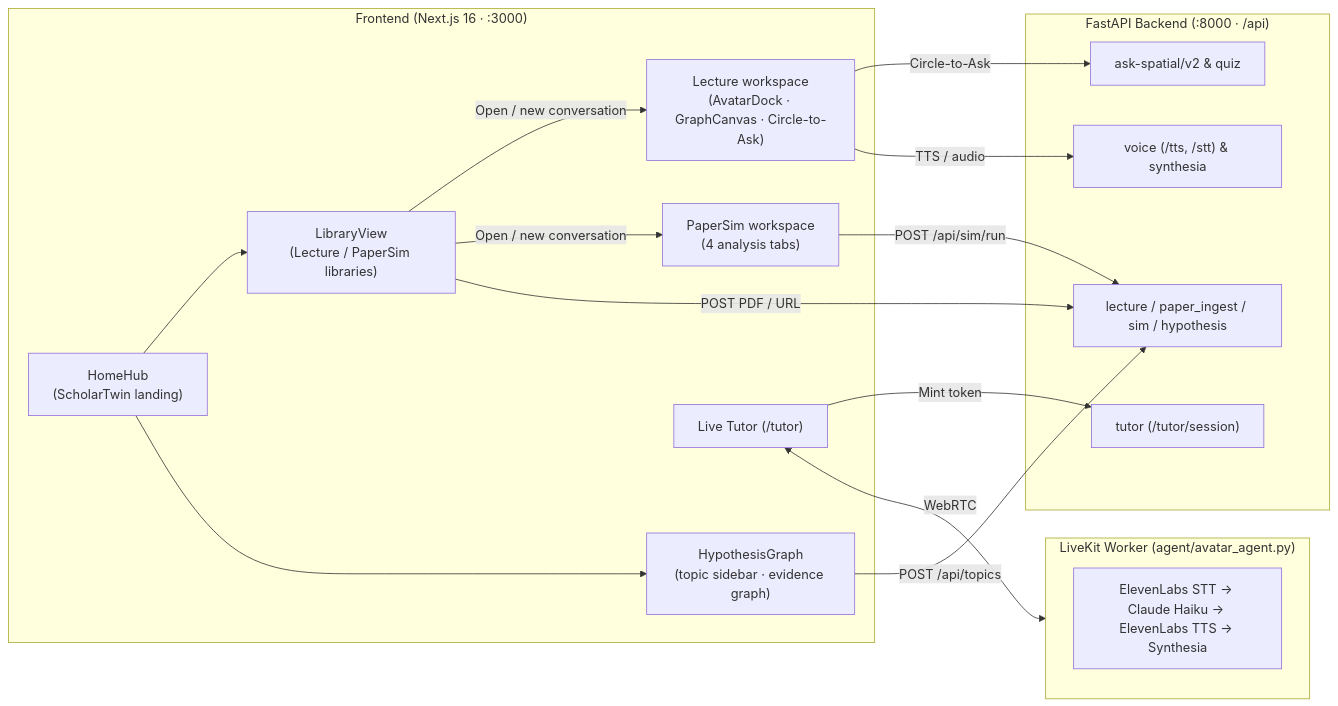
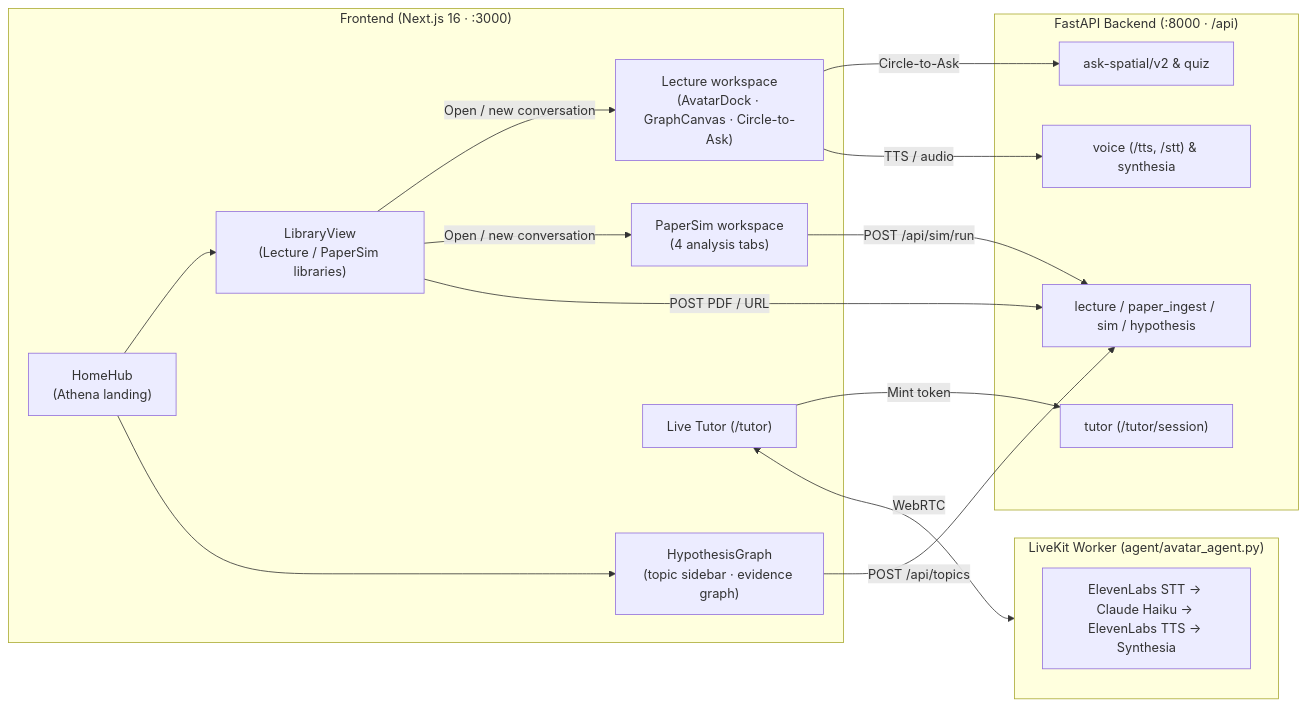
One commit to AshuMaths1729/Imperial_AI_Hack changed the diagram in DESIGN.md. Above: the diagram before and after it, drawn with Mermaid. The commit also changed other lines of this file and 18 other files, not shown here.

First line of the commit message:
chore: rename the product from ScholarTwin to Athena

````diff
--- a/DESIGN.md
+++ b/DESIGN.md
@@ -9,34 +9,34 @@
 ```mermaid
 flowchart LR
   subgraph Client["Frontend (Next.js 16 · :3000)"]
-    Home["HomeHub<br/>(ScholarTwin landing)"]
+    Home["HomeHub<br/>(Athena landing)"]
     Lib["LibraryView<br/>(Lecture / PaperSim libraries)"]
     LW["Lecture workspace<br/>(AvatarDock · GraphCanvas · Circle-to-Ask)"]
     PS["PaperSim workspace<br/>(4 analysis tabs)"]
     HG["HypothesisGraph<br/>(topic sidebar · evidence graph)"]
     Tutor["Live Tutor (/tutor)"]
   end
 
   subgraph Backend["FastAPI Backend (:8000 · /api)"]
     Ingest["lecture / paper_ingest / sim / hypothesis"]
     Ask["ask-spatial/v2 & quiz"]
     Voice["voice (/tts, /stt) & synthesia"]
     TutorAPI["tutor (/tutor/session)"]
   end
 
   subgraph Agent["LiveKit Worker (agent/avatar_agent.py)"]
     Pipeline["ElevenLabs STT → Claude Haiku → ElevenLabs TTS → Synthesia"]
   end
 
   Home --> Lib
   Home --> HG
   Lib -->|Open / new conversation| LW
   Lib -->|Open / new conversation| PS
   Lib -->|POST PDF / URL| Ingest
   HG -->|POST /api/topics| Ingest
   PS -->|POST /api/sim/run| Ingest
   LW -->|Circle-to-Ask| Ask
   LW -->|TTS / audio| Voice
   Tutor <-->|WebRTC| Agent
   Tutor -->|Mint token| TutorAPI
 ```
````
